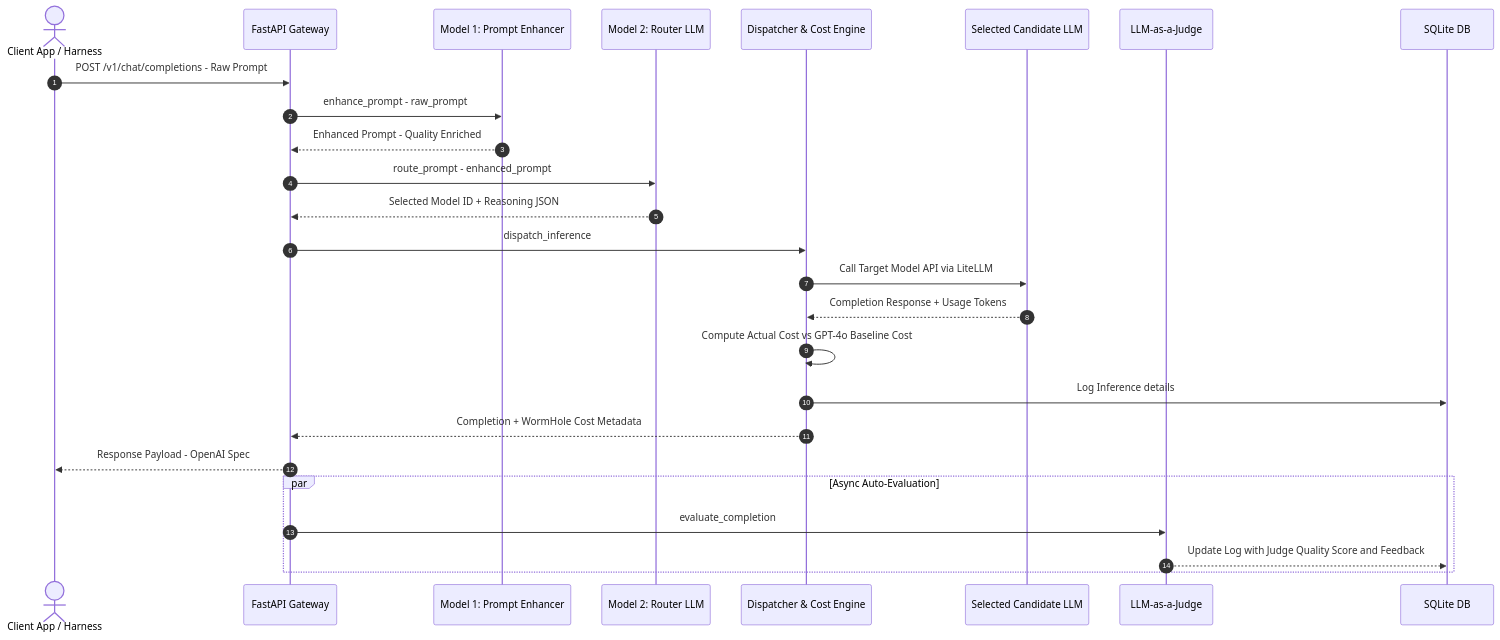
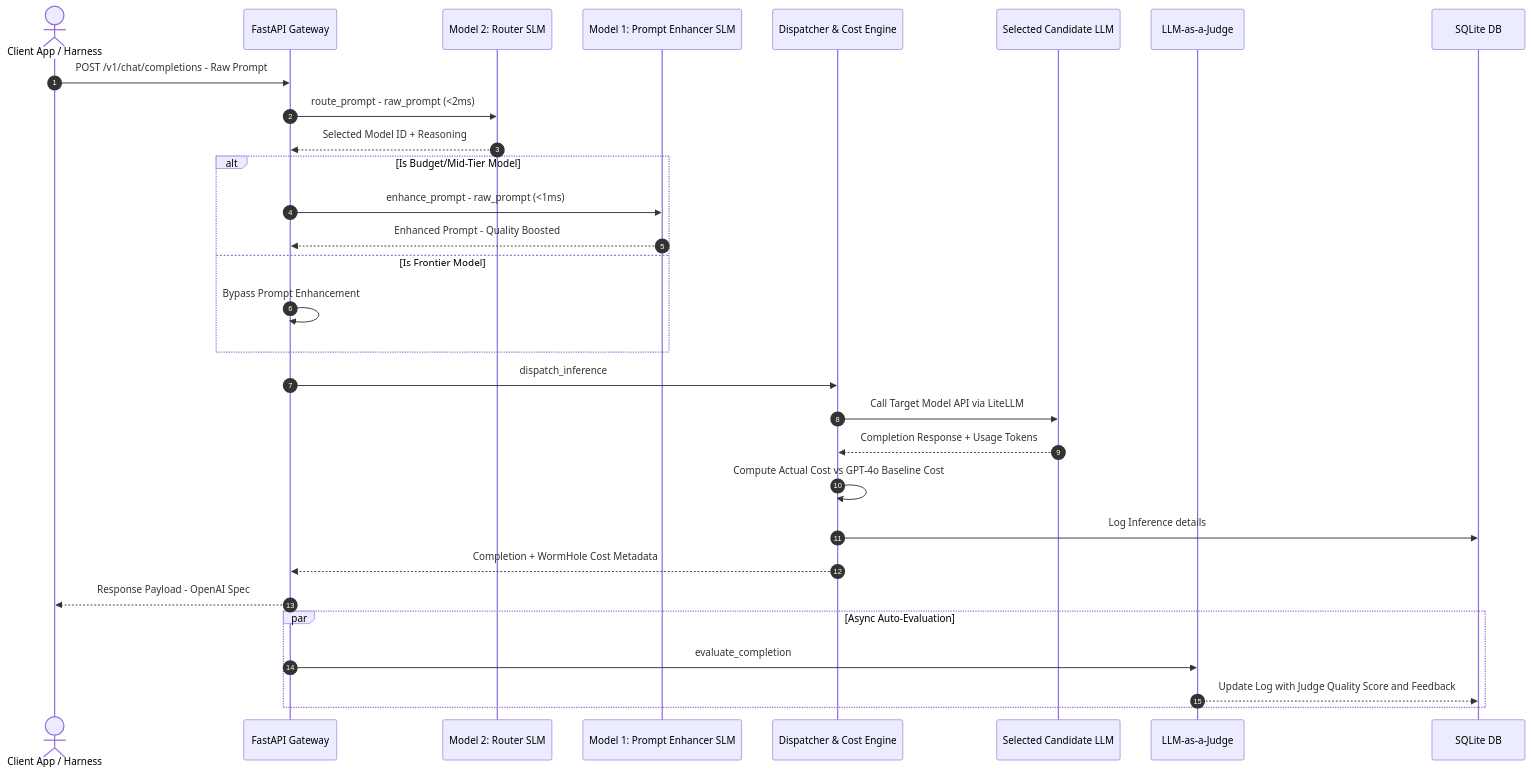
The diagram in ARCHITECTURE.md (vencat2025/Wormhole), drawn with Mermaid before and after one commit. The commit also changed 2 other files, not shown here.

Commit message:
refactor: implement selective prompt enhancement pipeline (route first, enhance only for budget/mid-tier models)

````diff
--- a/ARCHITECTURE.md
+++ b/ARCHITECTURE.md
@@ -9,30 +9,34 @@
 ```mermaid
 sequenceDiagram
     autonumber
     actor Client as Client App / Harness
     participant Gateway as FastAPI Gateway
-    participant Enhancer as Model 1: Prompt Enhancer
-    participant Router as Model 2: Router LLM
+    participant Router as Model 2: Router SLM
+    participant Enhancer as Model 1: Prompt Enhancer SLM
     participant Dispatcher as Dispatcher & Cost Engine
     participant Target as Selected Candidate LLM
     participant Judge as LLM-as-a-Judge
     participant DB as SQLite DB
 
     Client->>Gateway: POST /v1/chat/completions - Raw Prompt
-    Gateway->>Enhancer: enhance_prompt - raw_prompt
-    Enhancer-->>Gateway: Enhanced Prompt - Quality Enriched
-    Gateway->>Router: route_prompt - enhanced_prompt
-    Router-->>Gateway: Selected Model ID + Reasoning JSON
+    Gateway->>Router: route_prompt - raw_prompt (<2ms)
+    Router-->>Gateway: Selected Model ID + Reasoning
+    alt Is Budget/Mid-Tier Model
+        Gateway->>Enhancer: enhance_prompt - raw_prompt (<1ms)
+        Enhancer-->>Gateway: Enhanced Prompt - Quality Boosted
+    else Is Frontier Model
+        Gateway->>Gateway: Bypass Prompt Enhancement
+    end
     Gateway->>Dispatcher: dispatch_inference
     Dispatcher->>Target: Call Target Model API via LiteLLM
     Target-->>Dispatcher: Completion Response + Usage Tokens
     Dispatcher->>Dispatcher: Compute Actual Cost vs GPT-4o Baseline Cost
     Dispatcher->>DB: Log Inference details
     Dispatcher-->>Gateway: Completion + WormHole Cost Metadata
     Gateway-->>Client: Response Payload - OpenAI Spec
     
     par Async Auto-Evaluation
         Gateway->>Judge: evaluate_completion
         Judge-->>DB: Update Log with Judge Quality Score and Feedback
     end
 ```
````
